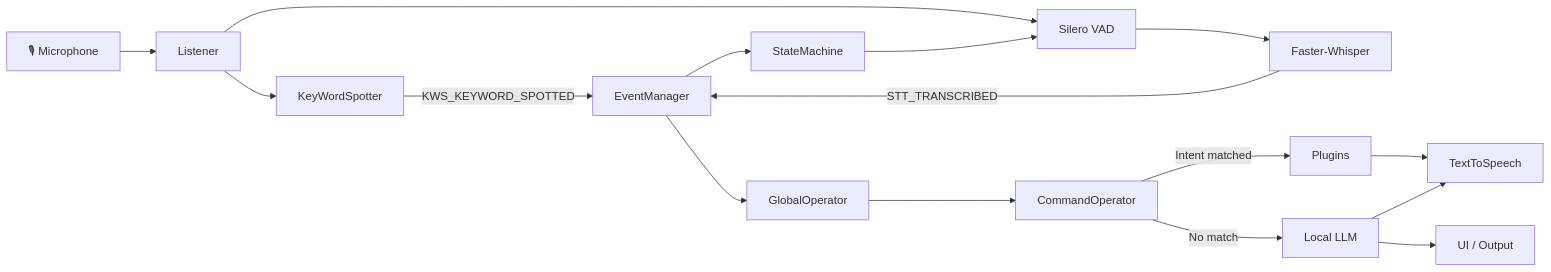
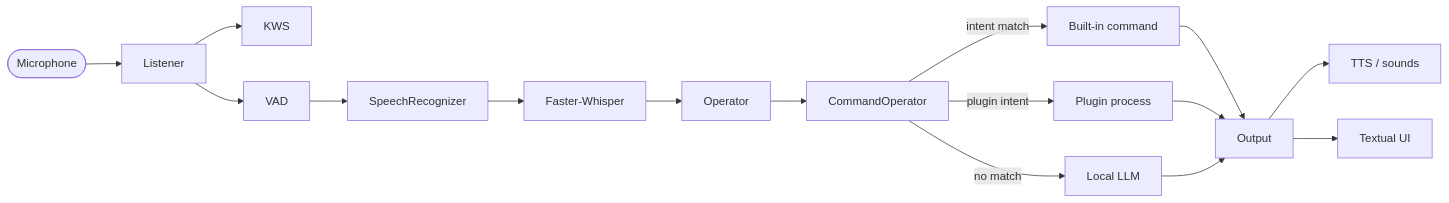
Before and after one commit to Minkx1/Atlas: the first of 6 diagrams in docs/architecture.md, drawn with Mermaid. The commit also changed other lines of this file and 6 other files, not shown here.

````diff
--- a/docs/architecture.md
+++ b/docs/architecture.md
@@ -60,42 +7,18 @@
 ```mermaid
 flowchart LR
-    MIC["🎙 Microphone"]
-
-    LISTENER["Listener"]
-    KWS["KeyWordSpotter"]
-    VAD["Silero VAD"]
-    STT["Faster-Whisper"]
-
-    STATE["StateMachine"]
-
-    EVENTS["EventManager"]
-
-    OP["GlobalOperator"]
-    CMD["CommandOperator"]
-    PLUG["Plugins"]
-    LLM["Local LLM"]
-
-    TTS["TextToSpeech"]
-    UI["UI / Output"]
-
-    MIC --> LISTENER
-    LISTENER --> KWS
-    LISTENER --> VAD
-
-    KWS -->|KWS_KEYWORD_SPOTTED| EVENTS
-    VAD --> STT
-    STT -->|STT_TRANSCRIBED| EVENTS
-
-    EVENTS --> STATE
-    EVENTS --> OP
-
-    STATE --> VAD
-
-    OP --> CMD
-    CMD -->|Intent matched| PLUG
-    CMD -->|No match| LLM
-
-    PLUG --> TTS
-    LLM --> UI
-    LLM --> TTS
+    MIC([Microphone]) --> L[Listener]
+    L --> K[KWS]
+    L --> V[VAD]
+    V --> S[SpeechRecognizer]
+    S --> W[Faster-Whisper]
+    W --> R[Operator]
+    R --> C[CommandOperator]
+    C -->|intent match| B[Built-in command]
+    C -->|plugin intent| P[Plugin process]
+    C -->|no match| Q[Local LLM]
+    B --> O[Output]
+    P --> O
+    Q --> O
+    O --> T[TTS / sounds]
+    O --> U[Textual UI]
 ```
````
